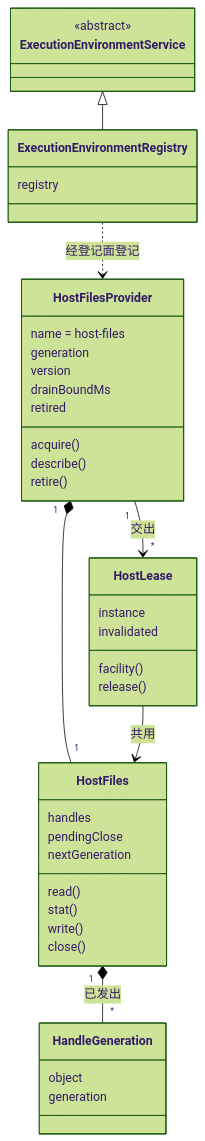
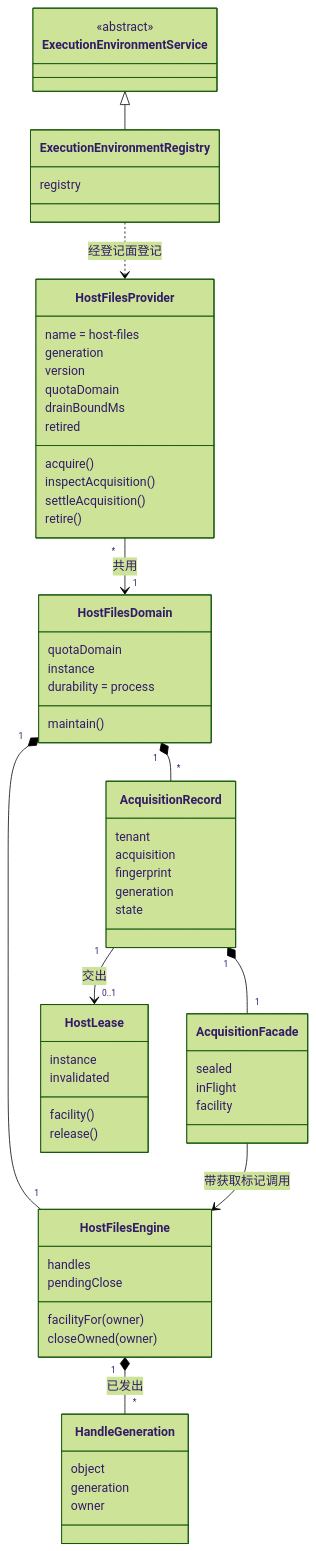
One commit to nemori-ai/omne-harness-lite changed the diagram in packages/execution/execution-environment-host-local/docs/object-model.md. Above: the diagram before and after it, drawn with Mermaid (forest theme). The commit also changed other lines of this file and 136 other files, not shown here.

First line of the commit message:
feat(context,execution): RC and EE wave 4 types, registry, host files domain and RQ migration

````diff
--- a/packages/execution/execution-environment-host-local/docs/object-model.md
+++ b/packages/execution/execution-environment-host-local/docs/object-model.md
@@ -19,44 +22,65 @@
 ```mermaid
 classDiagram
   class ExecutionEnvironmentService {
     <<abstract>>
   }
   class ExecutionEnvironmentRegistry {
     registry
   }
+  class HostFilesDomain {
+    quotaDomain
+    instance
+    durability = process
+    maintain()
+  }
+  class HostFilesEngine {
+    handles
+    pendingClose
+    facilityFor(owner)
+    closeOwned(owner)
+  }
+  class AcquisitionRecord {
+    tenant
+    acquisition
+    fingerprint
+    generation
+    state
+  }
+  class AcquisitionFacade {
+    sealed
+    inFlight
+    facility
+  }
   class HostFilesProvider {
     name = host-files
     generation
     version
+    quotaDomain
     drainBoundMs
     retired
     acquire()
-    describe()
+    inspectAcquisition()
+    settleAcquisition()
     retire()
   }
   class HostLease {
     instance
     invalidated
     facility()
     release()
   }
-  class HostFiles {
-    handles
-    pendingClose
-    nextGeneration
-    read()
-    stat()
-    write()
-    close()
-  }
   class HandleGeneration {
     object
     generation
+    owner
   }
   ExecutionEnvironmentService <|-- ExecutionEnvironmentRegistry
   ExecutionEnvironmentRegistry ..> HostFilesProvider : 经登记面登记
-  HostFilesProvider "1" *-- "1" HostFiles
-  HostFilesProvider "1" --> "*" HostLease : 交出
-  HostLease --> HostFiles : 共用
-  HostFiles "1" *-- "*" HandleGeneration : 已发出
+  HostFilesProvider "*" --> "1" HostFilesDomain : 共用
+  HostFilesDomain "1" *-- "1" HostFilesEngine
+  HostFilesDomain "1" *-- "*" AcquisitionRecord
+  AcquisitionRecord "1" *-- "1" AcquisitionFacade
+  AcquisitionRecord "1" --> "0..1" HostLease : 交出
+  AcquisitionFacade --> HostFilesEngine : 带获取标记调用
+  HostFilesEngine "1" *-- "*" HandleGeneration : 已发出
 ```
````
